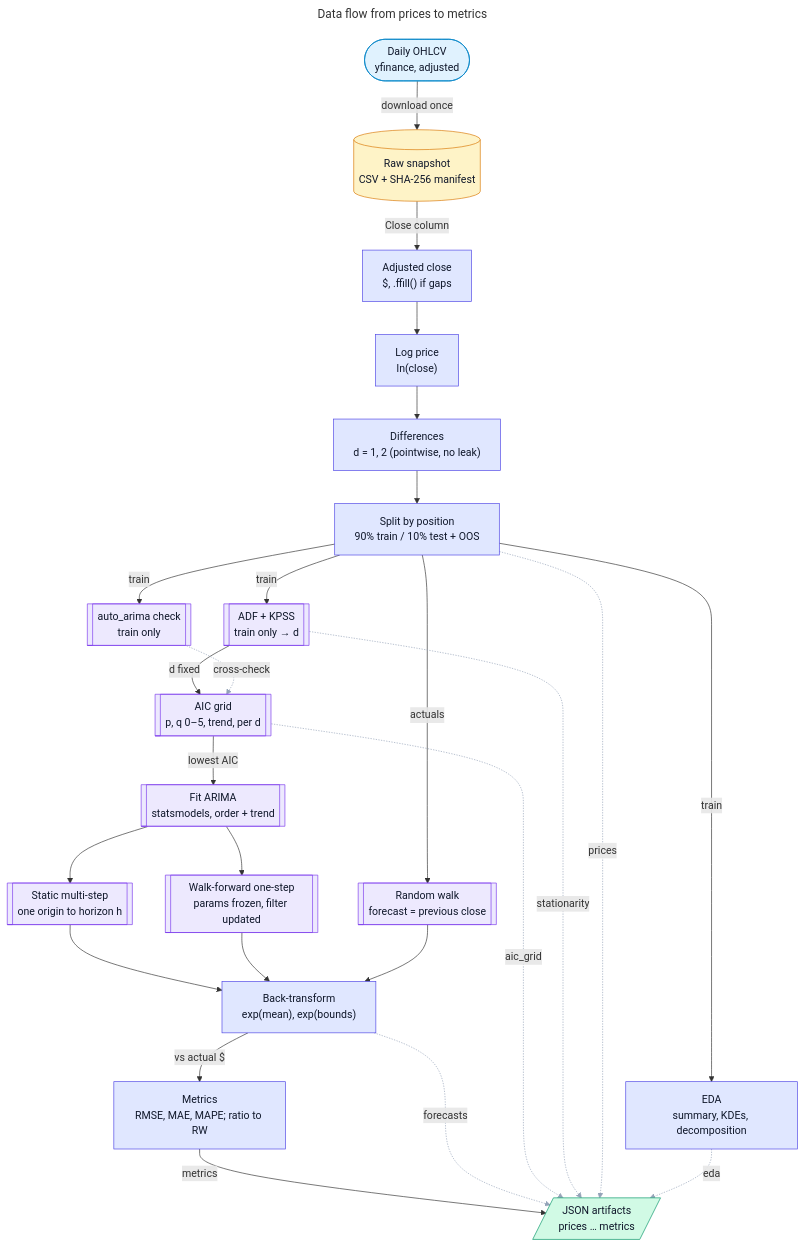
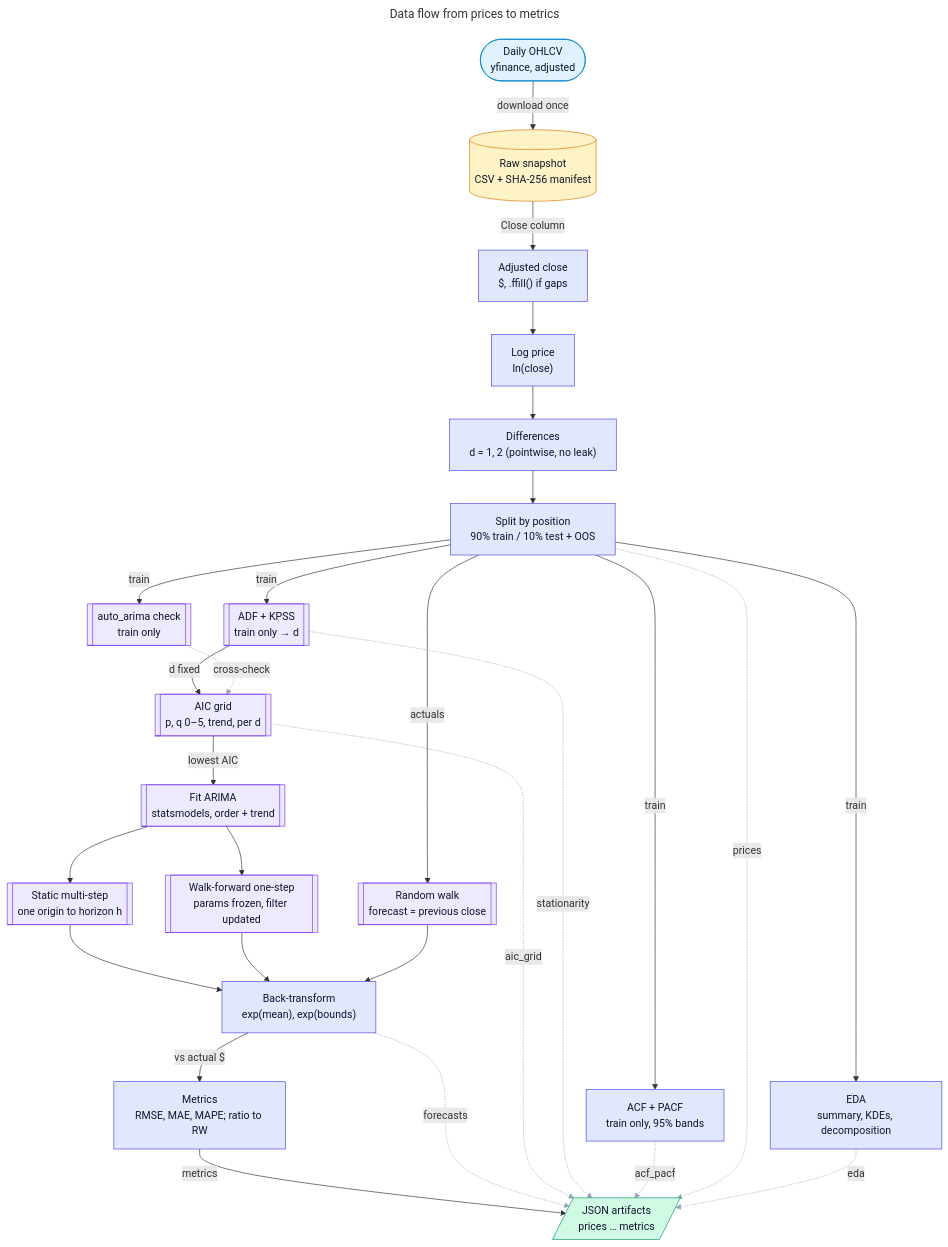
The diagram in docs/architecture/out/data_flow.mmd (rajib2k5/arima-stock-forecasting), drawn with Mermaid before and after one commit. The commit also changed 102 other files, not shown here.

```diff
--- a/docs/architecture/out/data_flow.mmd
+++ b/docs/architecture/out/data_flow.mmd
@@ -1,61 +1,65 @@
 ---
 title: "Data flow from prices to metrics"
 ---
 flowchart TB
     ohlcv(["Daily OHLCV\nyfinance, adjusted"])
     snapshot[("Raw snapshot\nCSV + SHA-256 manifest")]
     closepx["Adjusted close\n#36;, .ffill() if gaps"]
     logpx["Log price\nln(close)"]
     diffs["Differences\nd = 1, 2 (pointwise, no leak)"]
     splitpos["Split by position\n90#37; train / 10#37; test + OOS"]
     edastats["EDA\nsummary, KDEs, decomposition"]
     unitroot[["ADF + KPSS\ntrain only → d"]]
+    acfpacf["ACF + PACF\ntrain only, 95#37; bands"]
     grid[["AIC grid\np, q 0–5, trend, per d"]]
     autoarima[["auto_arima check\ntrain only"]]
     fitmodel[["Fit ARIMA\nstatsmodels, order + trend"]]
     static[["Static multi-step\none origin to horizon h"]]
     walkfwd[["Walk-forward one-step\nparams frozen, filter updated"]]
     randwalk[["Random walk\nforecast = previous close"]]
     backtx["Back-transform\nexp(mean), exp(bounds)"]
     scoring["Metrics\nRMSE, MAE, MAPE; ratio to RW"]
     artifacts[/"JSON artifacts\nprices … metrics"/]
     ohlcv -->|"download once"| snapshot
     snapshot -->|"Close column"| closepx
     closepx --> logpx
     logpx --> diffs
     diffs --> splitpos
     splitpos -->|"train"| unitroot
     splitpos -->|"train"| edastats
     unitroot -->|"d fixed"| grid
+    splitpos -->|"train"| acfpacf
     splitpos -->|"train"| autoarima
     autoarima -.->|"cross-check"| grid
     grid -->|"lowest AIC"| fitmodel
     fitmodel --> static
     fitmodel --> walkfwd
     splitpos -->|"actuals"| randwalk
     static --> backtx
     walkfwd --> backtx
     randwalk --> backtx
     backtx -->|"vs actual #36;"| scoring
     scoring -->|"metrics"| artifacts
     backtx -.->|"forecasts"| artifacts
     grid -.->|"aic_grid"| artifacts
     unitroot -.->|"stationarity"| artifacts
+    acfpacf -.->|"acf_pacf"| artifacts
     splitpos -.->|"prices"| artifacts
     edastats -.->|"eda"| artifacts
     classDef source fill:#E0F2FE,stroke:#0284C7,color:#0F172A
     class ohlcv source
     classDef store fill:#FEF3C7,stroke:#D97706,color:#0F172A
     class snapshot store
     classDef process fill:#E0E7FF,stroke:#4F46E5,color:#0F172A
-    class closepx,logpx,diffs,splitpos,edastats,backtx,scoring process
+    class closepx,logpx,diffs,splitpos,edastats,acfpacf,backtx,scoring process
     classDef model fill:#EDE9FE,stroke:#7C3AED,color:#0F172A
     class unitroot,grid,autoarima,fitmodel,static,walkfwd,randwalk model
     classDef output fill:#D1FAE5,stroke:#059669,color:#0F172A
     class artifacts output
-    linkStyle 9 stroke:#94A3B8
-    linkStyle 19 stroke:#94A3B8
+    linkStyle 10 stroke:#94A3B8
     linkStyle 20 stroke:#94A3B8
     linkStyle 21 stroke:#94A3B8
     linkStyle 22 stroke:#94A3B8
     linkStyle 23 stroke:#94A3B8
+    linkStyle 24 stroke:#94A3B8
+    linkStyle 25 stroke:#94A3B8
```
